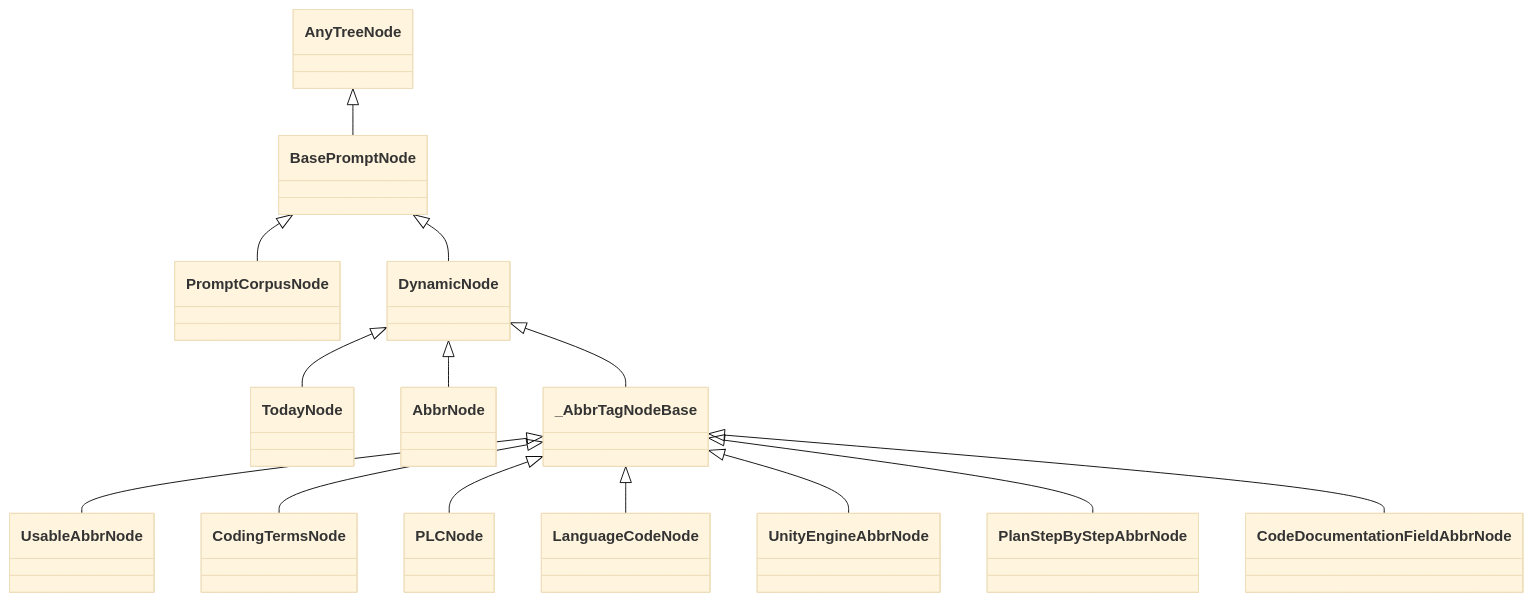
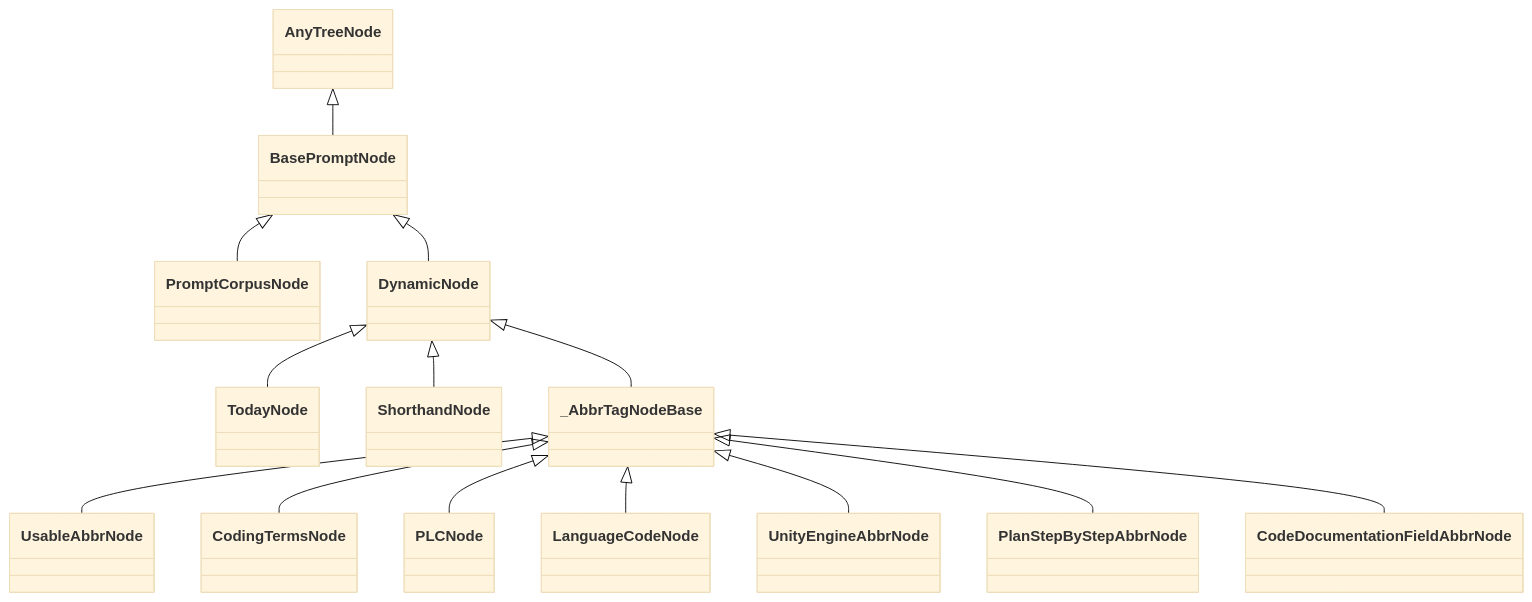
The diagram in docs/programmatic-api-doc.md (kami-lel/kaye-engine), drawn with Mermaid (base theme) before and after one commit.

Commit message:
rename AbbrNode to ShorthandNode in class hierarchy diagram
📖`programmatic-api-doc.md`

````diff
--- a/docs/programmatic-api-doc.md
+++ b/docs/programmatic-api-doc.md
@@ -225,16 +225,16 @@
 ```mermaid
 classDiagram
     AnyTreeNode <|-- BasePromptNode
     BasePromptNode <|-- PromptCorpusNode
     BasePromptNode <|-- DynamicNode
     DynamicNode <|-- TodayNode
-    DynamicNode <|-- AbbrNode
+    DynamicNode <|-- ShorthandNode
     DynamicNode <|-- _AbbrTagNodeBase
     _AbbrTagNodeBase <|-- UsableAbbrNode
     _AbbrTagNodeBase <|-- CodingTermsNode
     _AbbrTagNodeBase <|-- PLCNode
     _AbbrTagNodeBase <|-- LanguageCodeNode
     _AbbrTagNodeBase <|-- UnityEngineAbbrNode
     _AbbrTagNodeBase <|-- PlanStepByStepAbbrNode
     _AbbrTagNodeBase <|-- CodeDocumentationFieldAbbrNode
 ```
````
